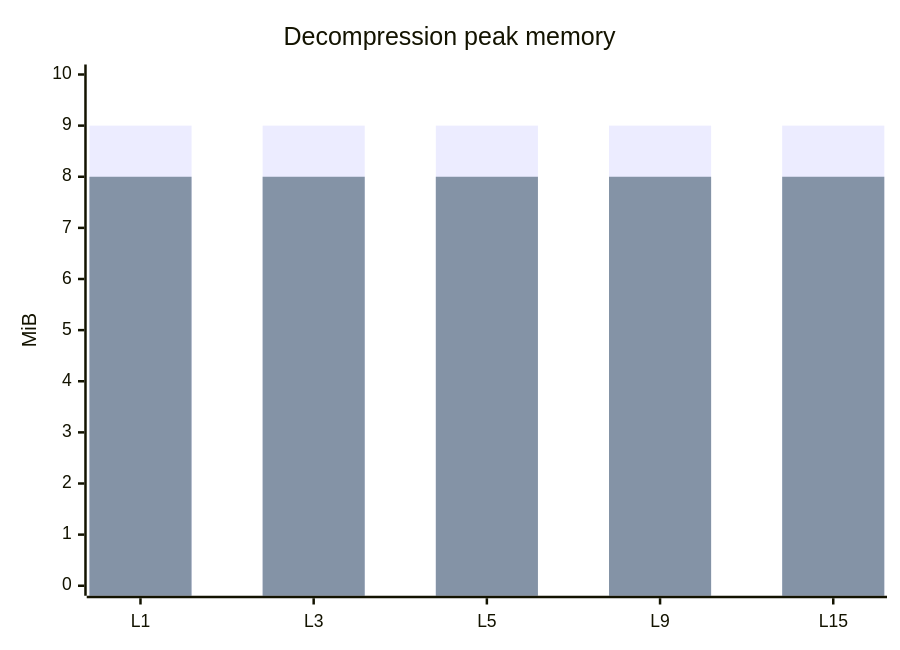
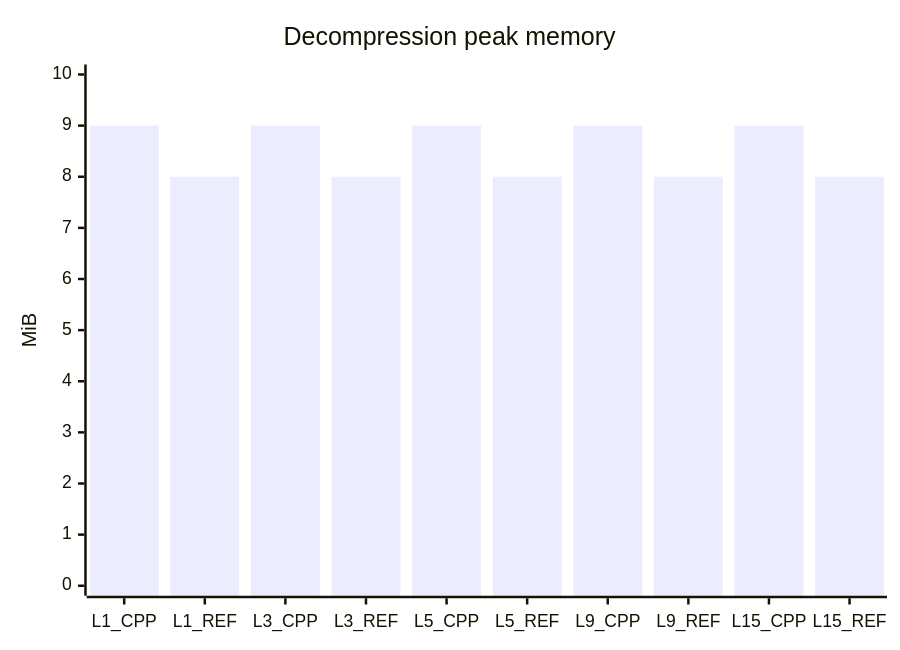
One commit to mheyman/zstdpp changed the sixth of 7 diagrams in README.md. Above: the diagram before and after it, drawn with Mermaid. The commit also changed other lines of this file and 1 other file, not shown here.

````diff
--- a/README.md
+++ b/README.md
@@ -164,8 +159,7 @@
 ```mermaid
 xychart-beta
     title "Decompression peak memory"
-    x-axis [L1, L3, L5, L9, L15]
+    x-axis [L1_CPP, L1_REF, L3_CPP, L3_REF, L5_CPP, L5_REF, L9_CPP, L9_REF, L15_CPP, L15_REF]
     y-axis "MiB" 0 --> 10
-    bar [9, 9, 9, 9, 9]
-    bar [8, 8, 8, 8, 8]
+    bar [9, 8, 9, 8, 9, 8, 9, 8, 9, 8]
 ```
````
